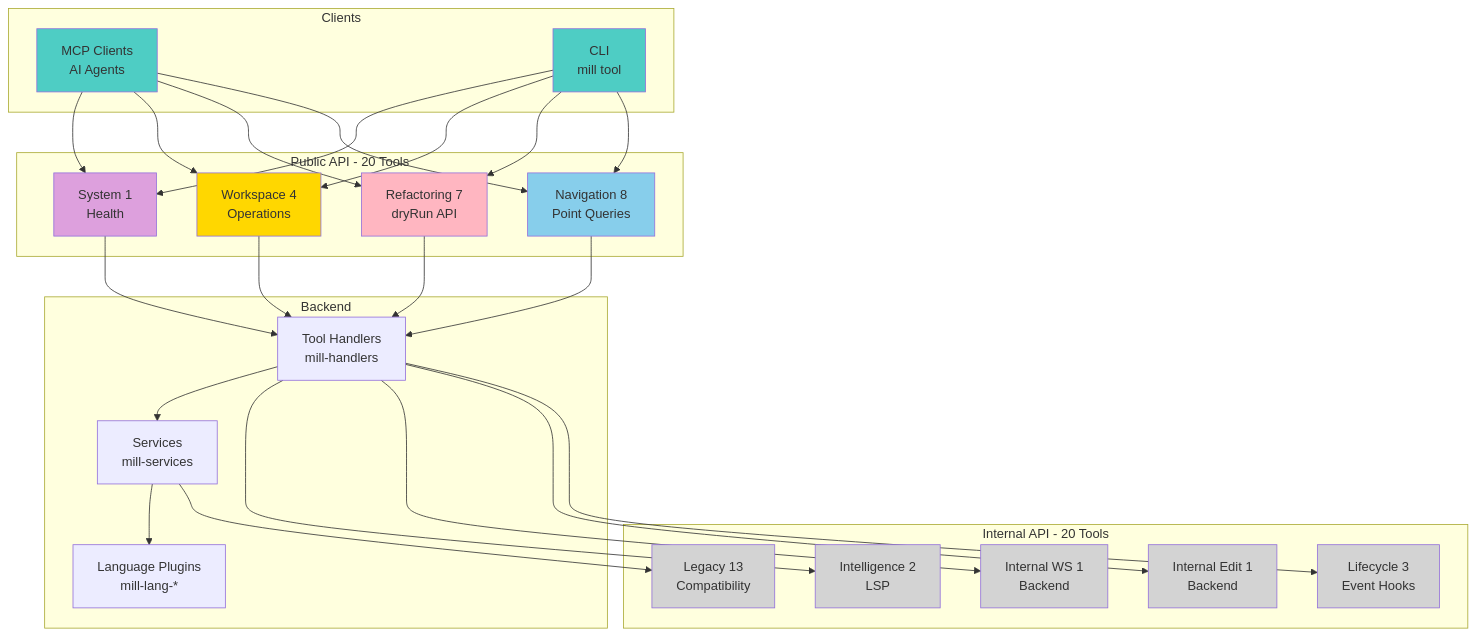
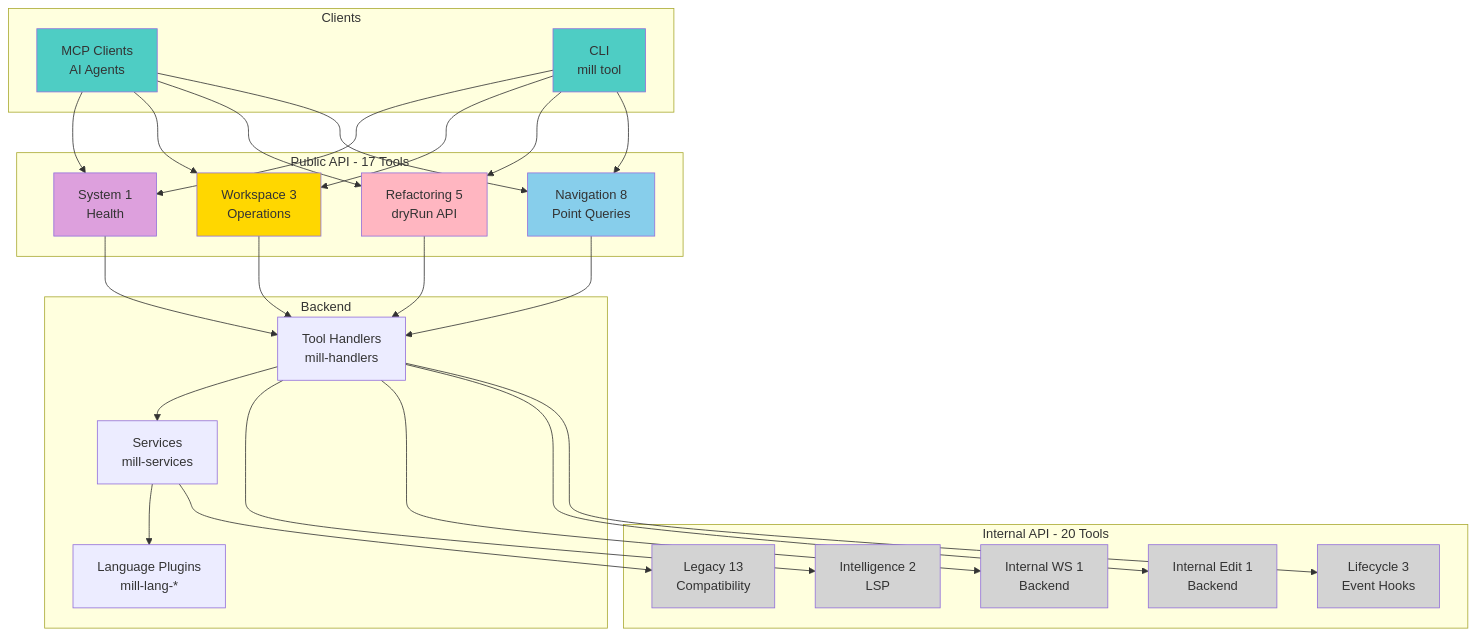
Before and after one commit to pleme-io/typemill: the diagram in docs/architecture/specifications.md, drawn with Mermaid. The commit also changed other lines of this file and 2 other files, not shown here.

Commit message:
Fix stale references in documentation
- Update mermaid diagram tool counts (20→17, 7→5, 4→3)
- Remove references to Swift/Go plugins (moved to separate repo)
- Update example plugin paths to use existing languages

🤖 Generated with [Claude Code](https://claude.com/claude-code)

````diff
--- a/docs/architecture/specifications.md
+++ b/docs/architecture/specifications.md
@@ -21,64 +21,64 @@
 ```mermaid
 graph TB
-    subgraph "Public API - 20 Tools"
+    subgraph "Public API - 17 Tools"
         Nav[Navigation 8<br/>Point Queries]
-        Ref[Refactoring 7<br/>dryRun API]
-        Work[Workspace 4<br/>Operations]
+        Ref[Refactoring 5<br/>dryRun API]
+        Work[Workspace 3<br/>Operations]
         Sys[System 1<br/>Health]
     end
 
     subgraph "Internal API - 20 Tools"
         Life[Lifecycle 3<br/>Event Hooks]
         IntEdit[Internal Edit 1<br/>Backend]
         IntWS[Internal WS 1<br/>Backend]
         IntInt[Intelligence 2<br/>LSP]
         Legacy[Legacy 13<br/>Compatibility]
     end
 
     subgraph "Clients"
         MCP[MCP Clients<br/>AI Agents]
         CLI[CLI<br/>mill tool]
     end
 
     subgraph "Backend"
         Handler[Tool Handlers<br/>mill-handlers]
         Service[Services<br/>mill-services]
         Plugin[Language Plugins<br/>mill-lang-*]
     end
 
     MCP --> Nav
     MCP --> Ref
     MCP --> Work
     MCP --> Sys
 
     CLI --> Nav
     CLI --> Ref
     CLI --> Work
     CLI --> Sys
 
     Handler --> Life
     Handler --> IntEdit
     Handler --> IntWS
     Handler --> IntInt
     Service --> Legacy
 
     Nav --> Handler
     Ref --> Handler
     Work --> Handler
     Sys --> Handler
 
     Handler --> Service
     Service --> Plugin
 
     style Nav fill:#87CEEB
     style Ref fill:#FFB6C1
     style Work fill:#FFD700
     style Sys fill:#DDA0DD
     style Life fill:#D3D3D3
     style IntEdit fill:#D3D3D3
     style IntWS fill:#D3D3D3
     style IntInt fill:#D3D3D3
     style Legacy fill:#D3D3D3
     style MCP fill:#4ECDC4
     style CLI fill:#4ECDC4
 ```
````
